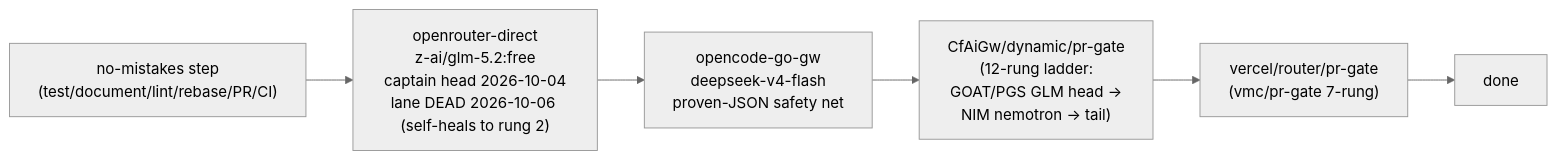
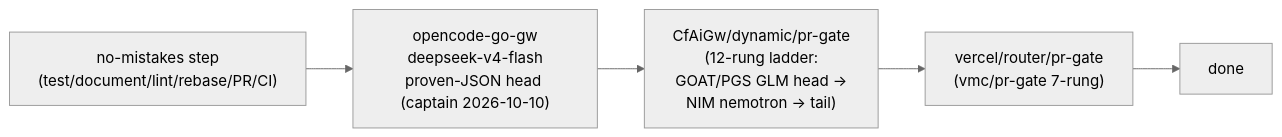
One commit to phillias/dotfiles changed the first of 3 diagrams in dot_agents/skills/provider-catalog/references/d1/NO_MISTAKES_MODELS.md. Above: the diagram before and after it, drawn with Mermaid (neutral theme). The commit also changed other lines of this file and 4 other files, not shown here.

Commit message:
no-mistakes(document): docs: sync pi fallback-chain docs to deepseek/PAYG re-head

````diff
--- a/dot_agents/skills/provider-catalog/references/d1/NO_MISTAKES_MODELS.md
+++ b/dot_agents/skills/provider-catalog/references/d1/NO_MISTAKES_MODELS.md
@@ -35,4 +35,4 @@
 ```mermaid
 flowchart LR
-    step["no-mistakes step<br/>(test/document/lint/rebase/PR/CI)"] --> c1["openrouter-direct<br/>z-ai/glm-5.2:free<br/>captain head 2026-10-04<br/>lane DEAD 2026-10-06 (self-heals to rung 2)"] --> c2["opencode-go-gw<br/>deepseek-v4-flash<br/>proven-JSON safety net"] --> c3["CfAiGw/dynamic/pr-gate<br/>(12-rung ladder:<br/>GOAT/PGS GLM head →<br/>NIM nemotron → tail)"] --> c4["vercel/router/pr-gate<br/>(vmc/pr-gate 7-rung)"] --> done[done]
+    step["no-mistakes step<br/>(test/document/lint/rebase/PR/CI)"] --> c1["opencode-go-gw<br/>deepseek-v4-flash<br/>proven-JSON head (captain 2026-10-10)"] --> c2["CfAiGw/dynamic/pr-gate<br/>(12-rung ladder:<br/>GOAT/PGS GLM head →<br/>NIM nemotron → tail)"] --> c3["vercel/router/pr-gate<br/>(vmc/pr-gate 7-rung)"] --> done[done]
 ```
````
